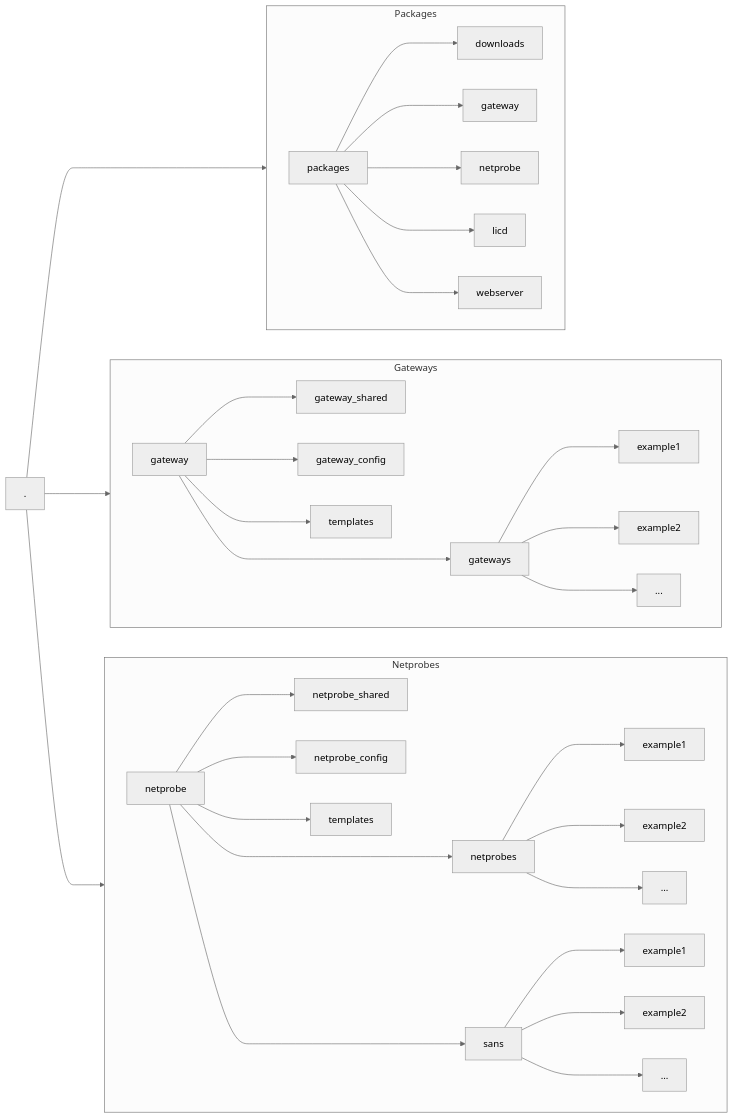
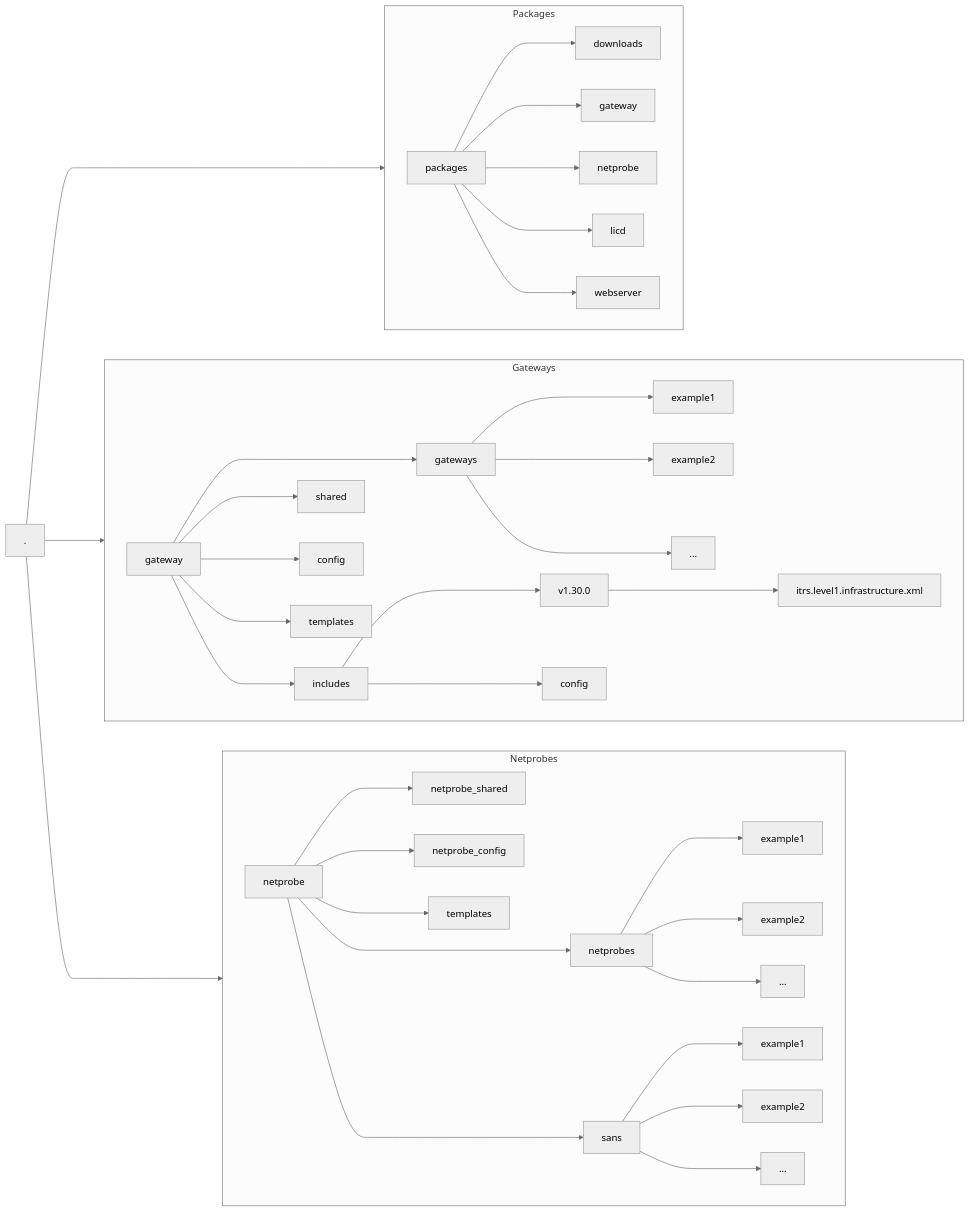
The diagram in tools/geneos/README.md (ITRS-Group/cordial), drawn with Mermaid before and after one commit. The commit also changed other lines of this file and 10 other files, not shown here.

````diff
--- a/tools/geneos/README.md
+++ b/tools/geneos/README.md
@@ -270,37 +283,39 @@
 ```mermaid
 %%{ init: { 'theme': 'neutral', 'flowchart': { 'curve': 'basis' } } }%%
 flowchart LR
   root[.]
   root ---> Packages
     subgraph Packages
       direction LR
       packages ---> packages/downloads[downloads]
       packages ---> packages/gateway[gateway]
       packages ---> packages/netprobe[netprobe]
       packages ---> packages/licd[licd]
       packages ---> packages/webserver[webserver]
     end
-    click packages href "https://www.itrsgroup.com"
   root ---> Gateways
     subgraph Gateways
       direction LR
       gateway ----> gateway/gateways[gateways]
-      gateway ---> gateway_shared & gateway_config & gateway/templates[templates]
+      gateway ---> gateway/shared[shared] & gateway/config[config] & gateway/templates[templates]
+      gateway ---> gateway/includes[includes]
+        gateway/includes ---> gateway/includes/v1.30.0[v1.30.0] & gateway/includes/config[config]
+        gateway/includes/v1.30.0 ---> gateway/includes/v1.30.0/itrs.level1.infrastructure.xml[itrs.level1.infrastructure.xml]
         gateway/gateways ---> gateway/gateways/example1[example1]
         gateway/gateways ---> gateway/gateways/example2[example2]
         gateway/gateways ---> gateway/gateways/example3[...]
     end
   root ---> Netprobes
     subgraph Netprobes
       direction LR
       netprobe ----> netprobe/netprobes[netprobes]
       netprobe ----> netprobe/sans[sans]
       netprobe ---> netprobe_shared & netprobe_config & netprobe/templates[templates]
         netprobe/netprobes ---> netprobe/netprobes/example1[example1]
         netprobe/netprobes ---> netprobe/netprobes/example2[example2]
         netprobe/netprobes ---> netprobe/netprobes/example3[...]
         netprobe/sans ---> netprobe/sans/example1[example1]
         netprobe/sans ---> netprobe/sans/example2[example2]
         netprobe/sans ---> netprobe/sans/example3[...]
     end
 ```
````
